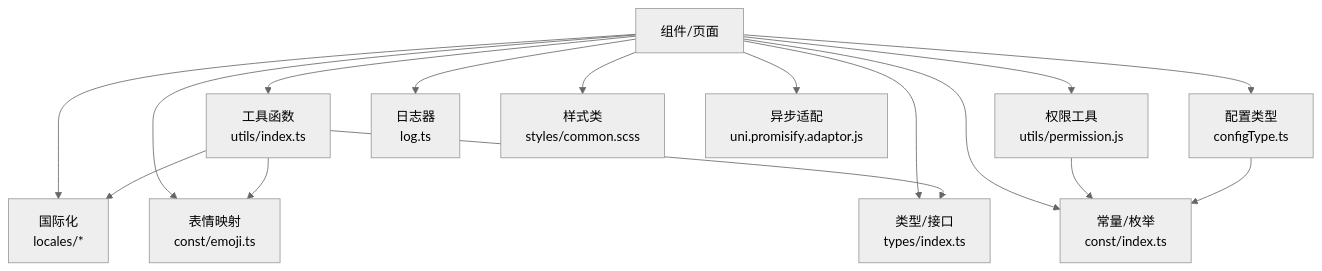
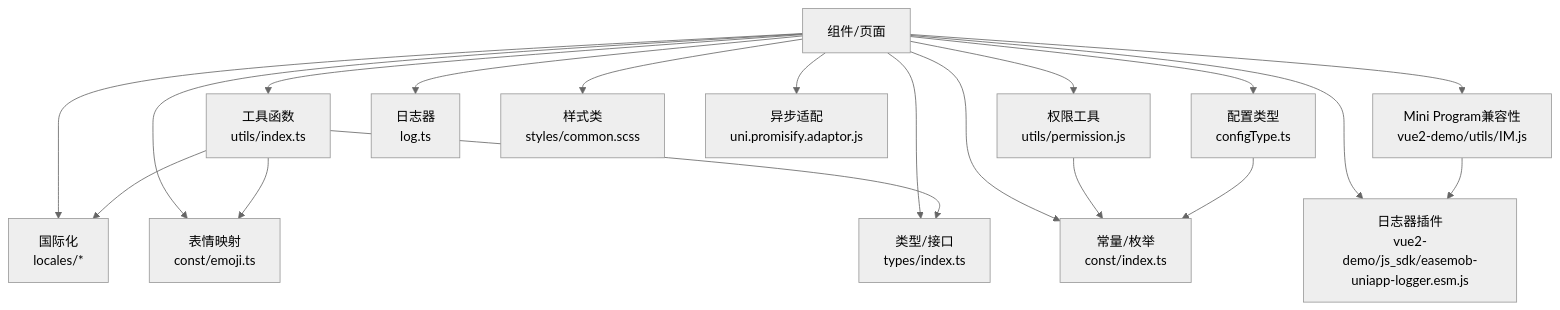
Before and after one commit to Easemob-Community/easemob-uikit-uniapp-community: the second of 9 diagrams in .qoder/repowiki/zh/content/工具函数和常量/工具函数和常量.md, drawn with Mermaid (neutral theme). The commit also changed other lines of this file and 5 other files, not shown here.

````diff
--- a/.qoder/repowiki/zh/content/工具函数和常量/工具函数和常量.md
+++ b/.qoder/repowiki/zh/content/工具函数和常量/工具函数和常量.md
@@ -135,18 +159,21 @@
 ```mermaid
 graph TB
 A["组件/页面"] --> B["工具函数<br/>utils/index.ts"]
 A --> C["权限工具<br/>utils/permission.js"]
 A --> D["常量/枚举<br/>const/index.ts"]
 A --> E["表情映射<br/>const/emoji.ts"]
 A --> F["类型/接口<br/>types/index.ts"]
 A --> G["配置类型<br/>configType.ts"]
 A --> H["国际化<br/>locales/*"]
 A --> I["日志器<br/>log.ts"]
 A --> J["样式类<br/>styles/common.scss"]
 A --> K["异步适配<br/>uni.promisify.adaptor.js"]
+A --> M["Mini Program兼容性<br/>vue2-demo/utils/IM.js"]
+A --> N["日志器插件<br/>vue2-demo/js_sdk/easemob-uniapp-logger.esm.js"]
 B --> H
 B --> E
 B --> F
 C --> D
 G --> D
+M --> N
 ```
````
